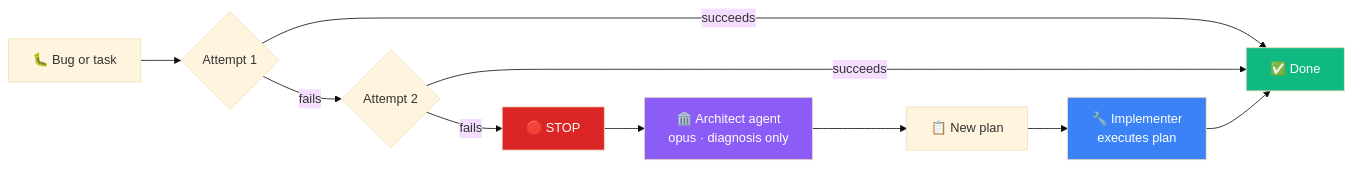
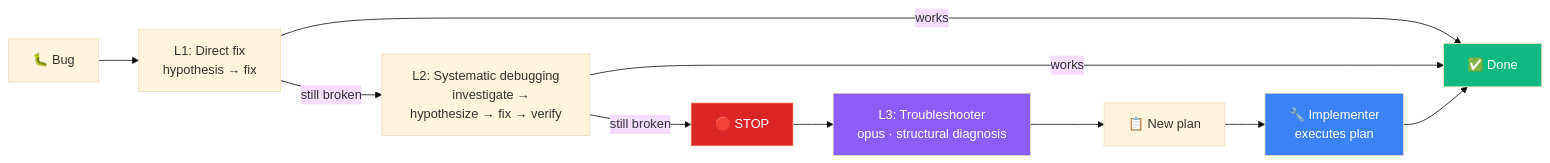
The diagram in README.md (w2ur/claude-code-setup), drawn with Mermaid (base theme) before and after one commit. The commit also changed other lines of this file, not shown here.

First line of the commit message:
docs: update README for workflow hardening — troubleshooter, hooks, property-testing, /sync-setup

````diff
--- a/README.md
+++ b/README.md
@@ -143,19 +148,21 @@
 ```mermaid
 flowchart LR
-    A["🐛 Bug or task"] --> B{"Attempt 1"}
-    B -->|succeeds| Z["✅ Done"]
-    B -->|fails| C{"Attempt 2"}
-    C -->|succeeds| Z
-    C -->|fails| D["🛑 STOP"]
-    D --> E["🏛️ Architect agent
-    opus · diagnosis only"]
+    A["🐛 Bug"] --> B["L1: Direct fix
+    hypothesis → fix"]
+    B -->|works| Z["✅ Done"]
+    B -->|"still broken"| C["L2: Systematic debugging
+    investigate → hypothesize → fix → verify"]
+    C -->|works| Z
+    C -->|"still broken"| D["🛑 STOP"]
+    D --> E["L3: Troubleshooter
+    opus · structural diagnosis"]
     E --> F["📋 New plan"]
     F --> G["🔧 Implementer
     executes plan"]
     G --> Z
 
     style D fill:#dc2626,color:#fff
     style E fill:#8B5CF6,color:#fff
     style G fill:#3B82F6,color:#fff
     style Z fill:#10B981,color:#fff
 ```
````
